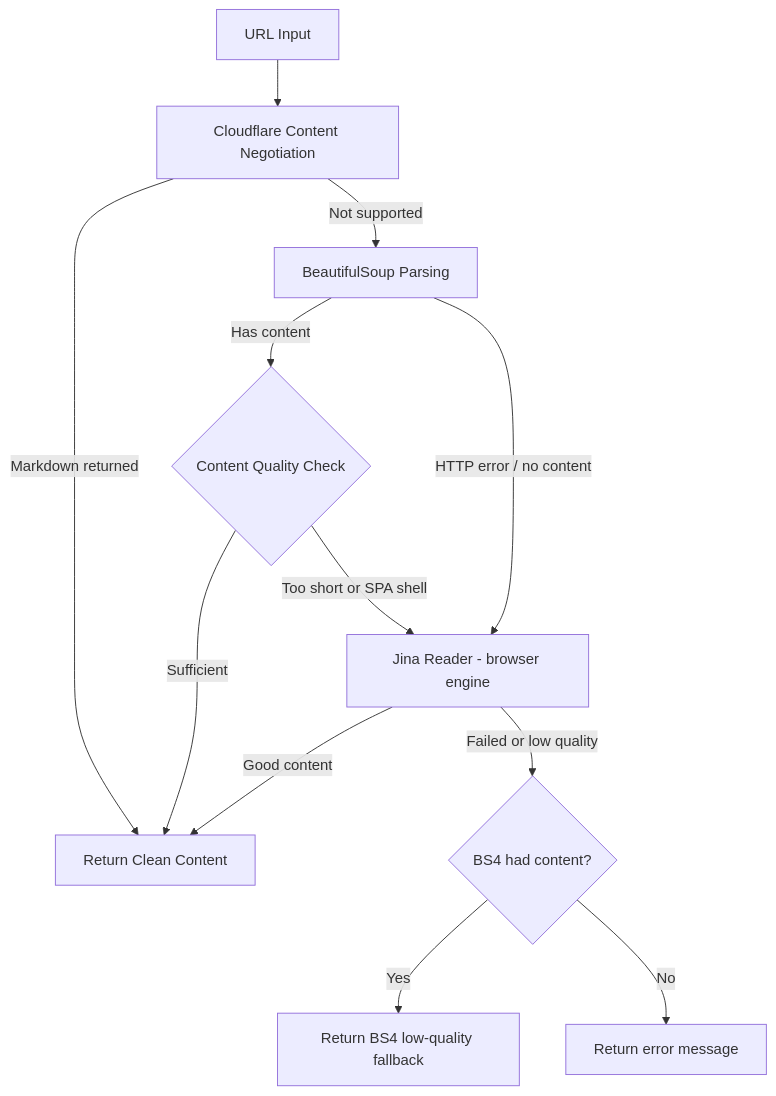
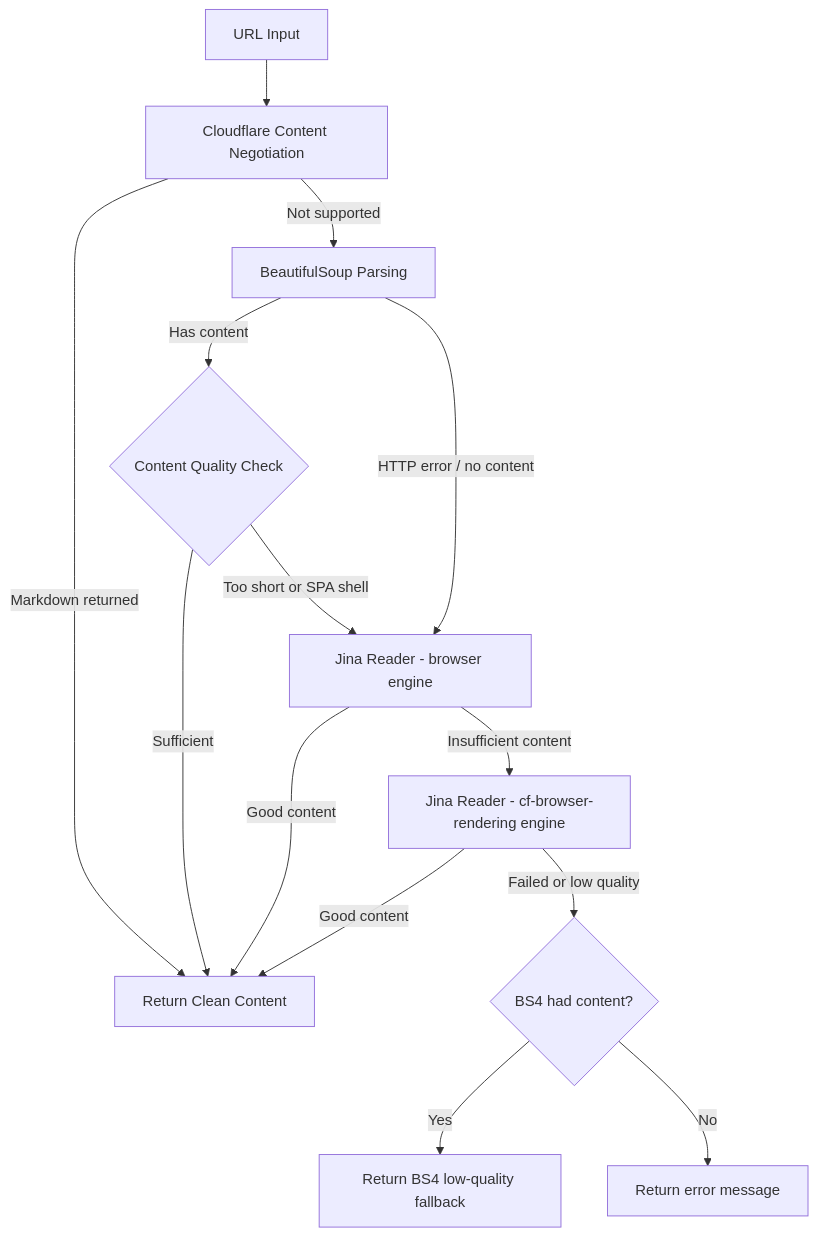
The diagram in docs/tools/websearch/web_fetch_tool.md (Oaklight/toolregistry-hub), drawn with Mermaid before and after one commit. The commit also changed other lines of this file, not shown here.

Commit message:
docs: update web fetch tool docs for Jina Reader multi-engine retry and SPA improvements

````diff
--- a/docs/tools/websearch/web_fetch_tool.md
+++ b/docs/tools/websearch/web_fetch_tool.md
@@ -78,14 +78,16 @@
 ```mermaid
 flowchart TD
     A[URL Input] --> B[Cloudflare Content Negotiation]
     B -->|Markdown returned| Z[Return Clean Content]
     B -->|Not supported| C[BeautifulSoup Parsing]
     C -->|Has content| D{Content Quality Check}
     D -->|Sufficient| Z
     C -->|HTTP error / no content| F
     D -->|Too short or SPA shell| F[Jina Reader - browser engine]
     F -->|Good content| Z
-    F -->|Failed or low quality| G{BS4 had content?}
+    F -->|Insufficient content| F2[Jina Reader - cf-browser-rendering engine]
+    F2 -->|Good content| Z
+    F2 -->|Failed or low quality| G{BS4 had content?}
     G -->|Yes| H[Return BS4 low-quality fallback]
     G -->|No| I[Return error message]
 ```
````
